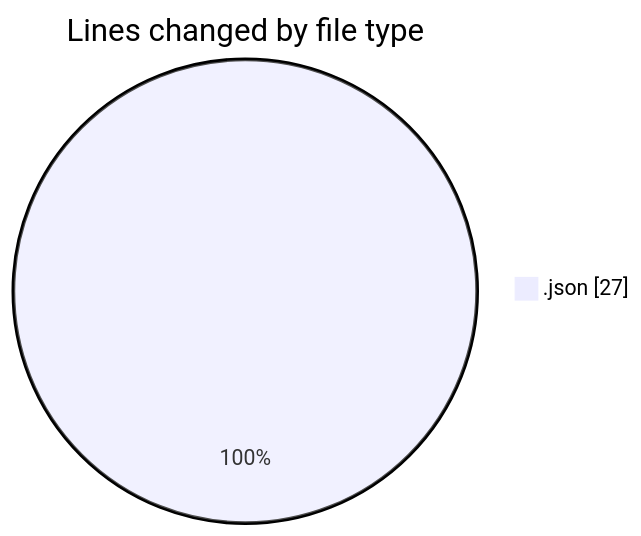
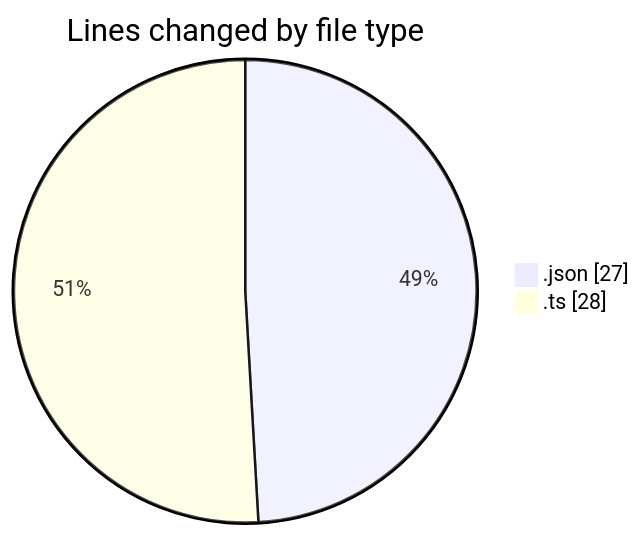
The first of 2 diagrams in 2025-02-26/area-formacao-web/README.md (robertbonfada/code-tracking), drawn with Mermaid before and after one commit. The commit also changed other lines of this file and 1 other file, not shown here.

````diff
--- a/2025-02-26/area-formacao-web/README.md
+++ b/2025-02-26/area-formacao-web/README.md
@@ -20,5 +21,6 @@
 ```mermaid
 pie showData
 title Lines changed by file type
 ".json" : 27
+".ts" : 28
 ```
````
